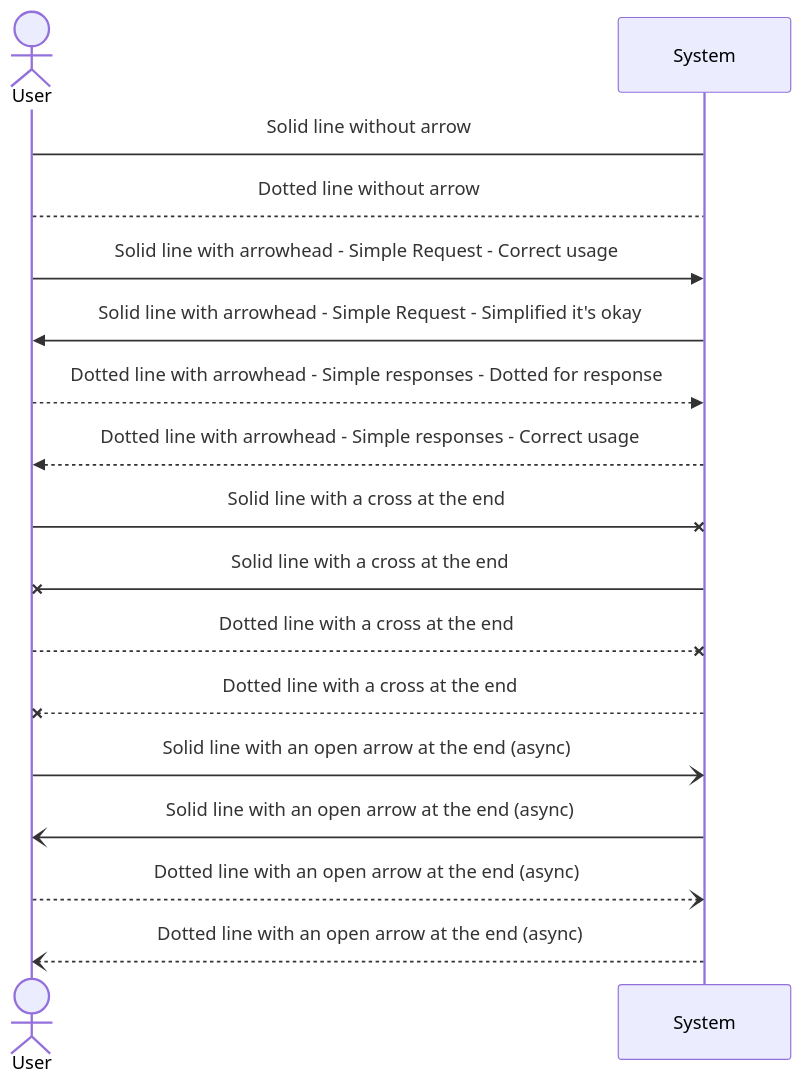
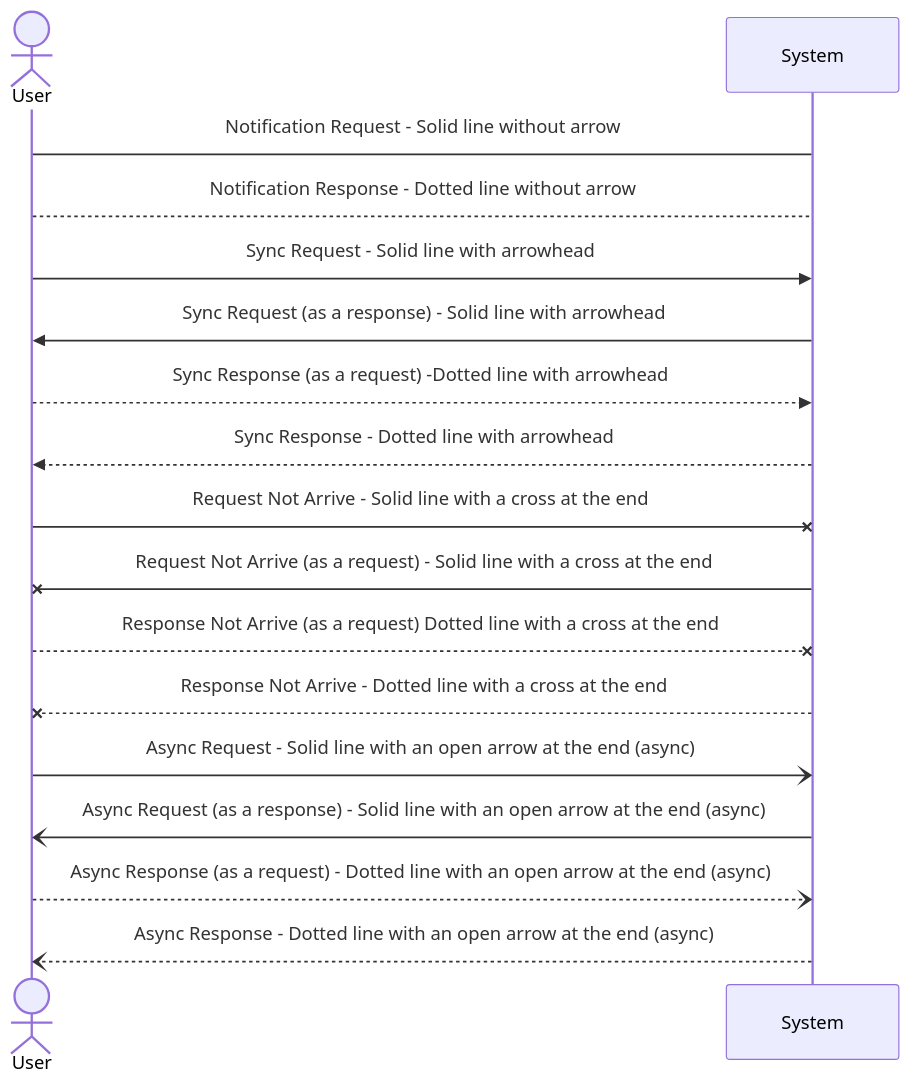
One commit to techthinking-io/flowbdd changed the diagram in flowbdd-diagrams/src/test/resources/generated-diagrams/sequence-diagram.md. Above: the diagram before and after it, drawn with Mermaid. The commit also changed 8 other files, not shown here.

Commit message:
SequenceDiagrams message type - general improvements

````diff
--- a/flowbdd-diagrams/src/test/resources/generated-diagrams/sequence-diagram.md
+++ b/flowbdd-diagrams/src/test/resources/generated-diagrams/sequence-diagram.md
@@ -3,19 +3,19 @@
 ```mermaid
 sequenceDiagram
 	actor User
 	participant System
-	User->System: Solid line without arrow
-	User-->System: Dotted line without arrow
-	User->>System: Solid line with arrowhead - Simple Request - Correct usage
-	System->>User: Solid line with arrowhead - Simple Request - Simplified it's okay
-	User-->>System: Dotted line with arrowhead - Simple responses - Dotted for response
-	System-->>User: Dotted line with arrowhead - Simple responses - Correct usage
-	User-xSystem: Solid line with a cross at the end
-	System-xUser: Solid line with a cross at the end
-	User--xSystem: Dotted line with a cross at the end
-	System--xUser: Dotted line with a cross at the end
-	User-)System: Solid line with an open arrow at the end (async)
-	System-)User: Solid line with an open arrow at the end (async)
-	User--)System: Dotted line with an open arrow at the end (async)
-	System--)User: Dotted line with an open arrow at the end (async)
+	User->System: Notification Request - Solid line without arrow
+	User-->System: Notification Response - Dotted line without arrow
+	User->>System: Sync Request - Solid line with arrowhead
+	System->>User: Sync Request (as a response) - Solid line with arrowhead
+	User-->>System: Sync Response (as a request) -Dotted line with arrowhead
+	System-->>User: Sync Response - Dotted line with arrowhead
+	User-xSystem: Request Not Arrive - Solid line with a cross at the end
+	System-xUser: Request Not Arrive (as a request) - Solid line with a cross at the end
+	User--xSystem: Response Not Arrive (as a request) Dotted line with a cross at the end
+	System--xUser: Response Not Arrive - Dotted line with a cross at the end
+	User-)System: Async Request - Solid line with an open arrow at the end (async)
+	System-)User: Async Request (as a response) - Solid line with an open arrow at the end (async)
+	User--)System: Async Response (as a request) - Dotted line with an open arrow at the end (async)
+	System--)User: Async Response - Dotted line with an open arrow at the end (async)
 ```
````
